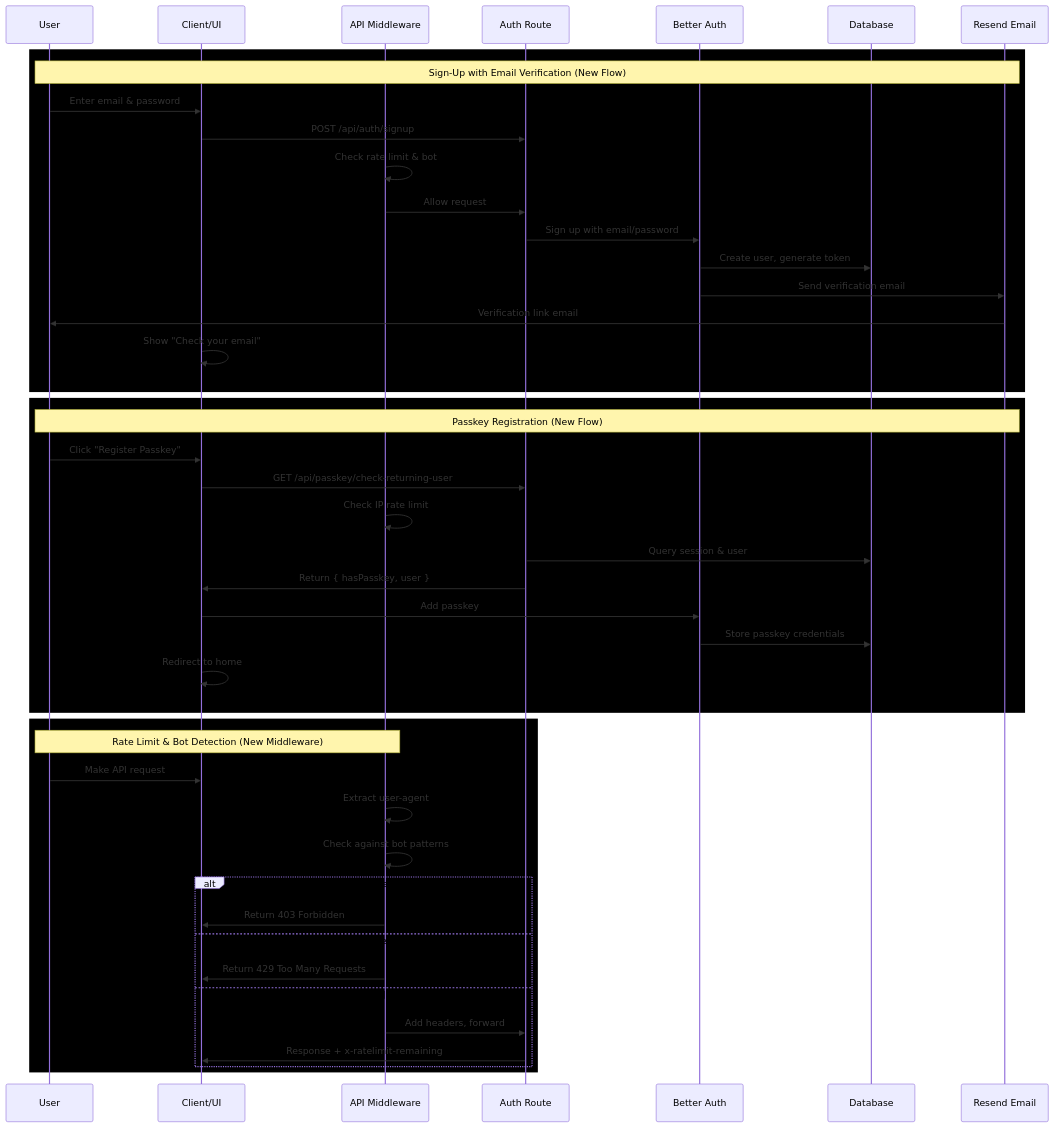
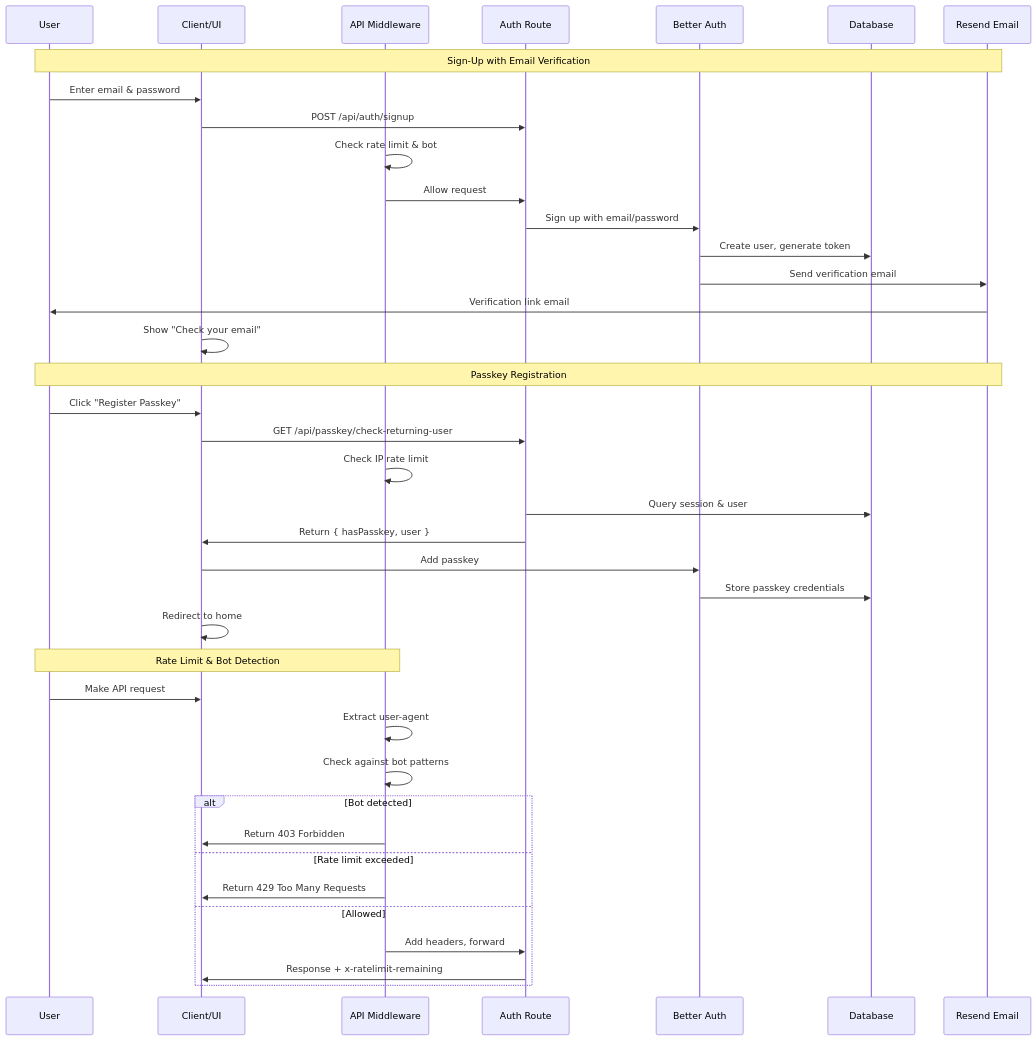
The diagram in README.md (ChristopherAlphonse/authly), drawn with Mermaid before and after one commit.

````diff
--- a/README.md
+++ b/README.md
@@ -510,50 +510,44 @@
 ```mermaid
 sequenceDiagram
     participant User
     participant Client as Client/UI
     participant Middleware as API Middleware
     participant Route as Auth Route
     participant BetterAuth as Better Auth
     participant DB as Database
     participant Resend as Resend Email
 
-    rect rgb(0, 0, 0)
-    note over User,Resend: Sign-Up with Email Verification (New Flow)
+    note over User,Resend: Sign-Up with Email Verification
     User->>Client: Enter email & password
     Client->>Route: POST /api/auth/signup
     Middleware->>Middleware: Check rate limit & bot
     Middleware->>Route: Allow request
     Route->>BetterAuth: Sign up with email/password
     BetterAuth->>DB: Create user, generate token
     BetterAuth->>Resend: Send verification email
     Resend->>User: Verification link email
     Client->>Client: Show "Check your email"
-    end
 
-    rect rgb(0, 0, 0)
-    note over User,Resend: Passkey Registration (New Flow)
+    note over User,Resend: Passkey Registration
     User->>Client: Click "Register Passkey"
     Client->>Route: GET /api/passkey/check-returning-user
     Middleware->>Middleware: Check IP rate limit
     Route->>DB: Query session & user
     Route->>Client: Return { hasPasskey, user }
     Client->>BetterAuth: Add passkey
     BetterAuth->>DB: Store passkey credentials
     Client->>Client: Redirect to home
-    end
 
-    rect rgb(0, 0, 0)
-    note over User,Middleware: Rate Limit & Bot Detection (New Middleware)
+    note over User,Middleware: Rate Limit & Bot Detection
     User->>Client: Make API request
     Middleware->>Middleware: Extract user-agent
     Middleware->>Middleware: Check against bot patterns
     alt Bot detected
         Middleware->>Client: Return 403 Forbidden
     else Rate limit exceeded
         Middleware->>Client: Return 429 Too Many Requests
     else Allowed
         Middleware->>Route: Add headers, forward
         Route->>Client: Response + x-ratelimit-remaining
     end
-    end
 ```
````
